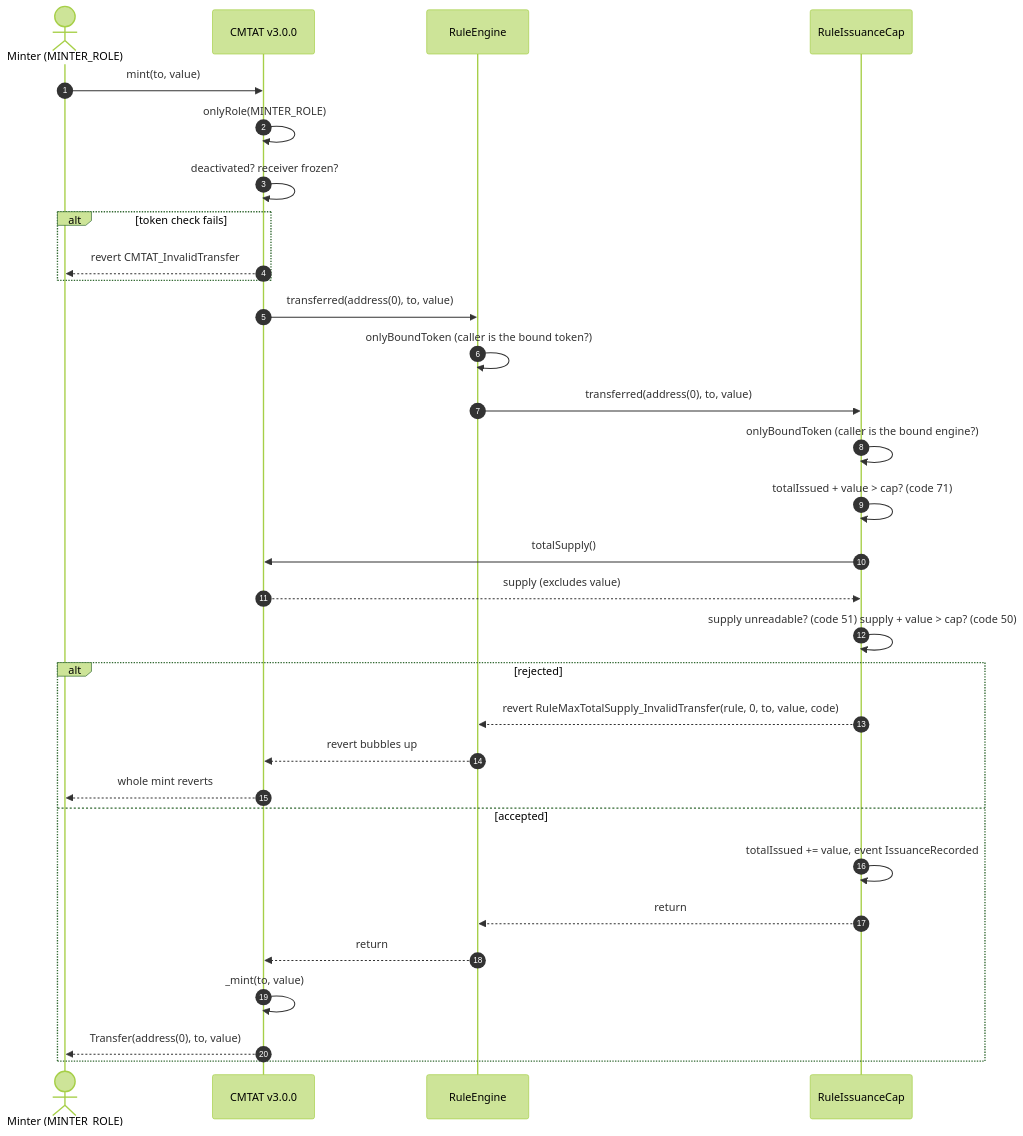
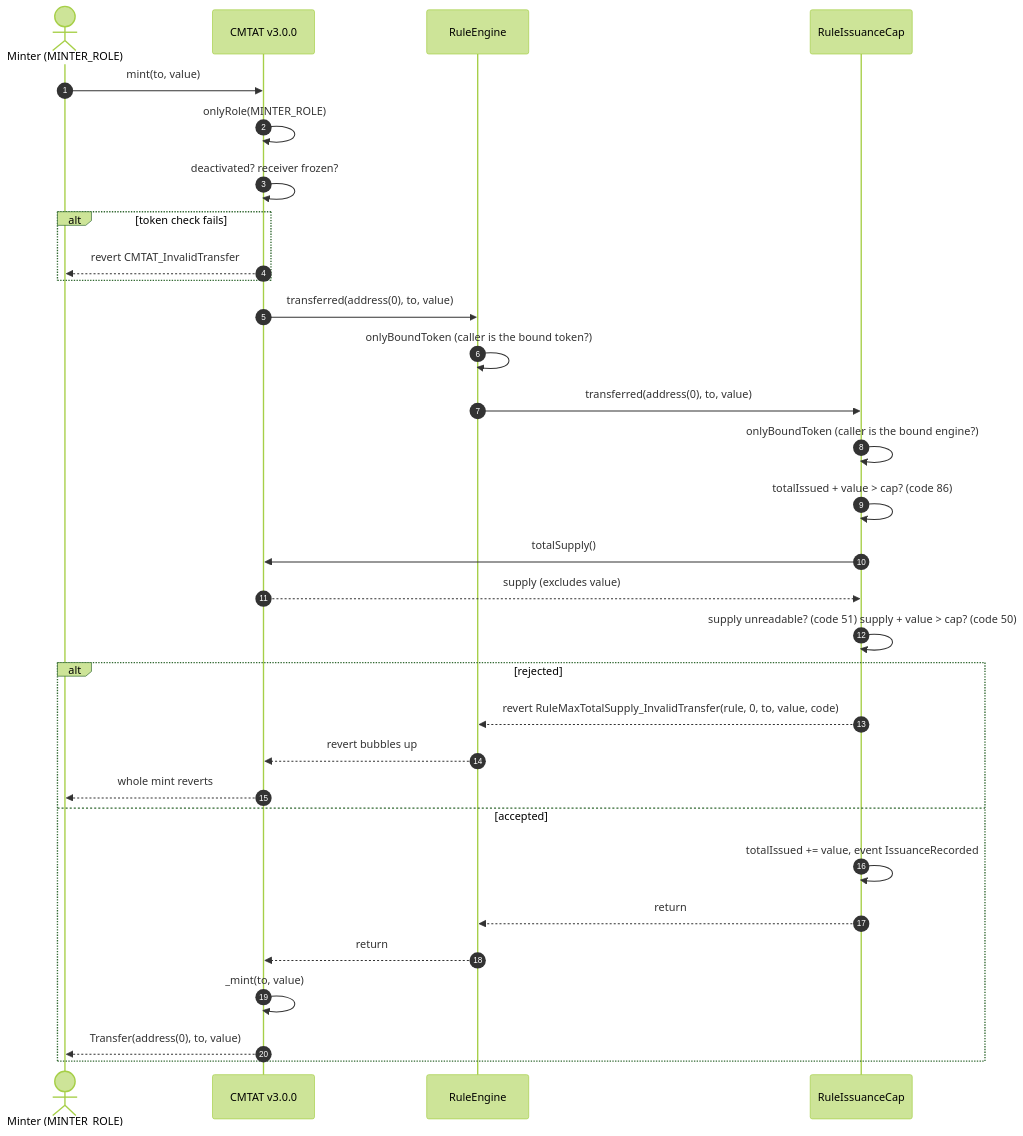
Before and after one commit to CMTA/Rules: the fifth of 8 diagrams in doc/technical/guides/DEPLOY_RULE_ISSUANCE_CAP_CMTAT_V3.0.0.md, drawn with Mermaid (forest theme). The commit also changed other lines of this file and 267 other files, not shown here.

Commit message:
fix(RuleIssuanceCap): move the restriction code from 71 to 86 so RuleMintAllowance keeps its reserved slots

````diff
--- a/doc/technical/guides/DEPLOY_RULE_ISSUANCE_CAP_CMTAT_V3.0.0.md
+++ b/doc/technical/guides/DEPLOY_RULE_ISSUANCE_CAP_CMTAT_V3.0.0.md
@@ -236,34 +236,34 @@
 ```mermaid
 sequenceDiagram
     autonumber
     actor Minter as Minter (MINTER_ROLE)
     participant Token as CMTAT v3.0.0
     participant Engine as RuleEngine
     participant Rule as RuleIssuanceCap
 
     Minter->>Token: mint(to, value)
     Token->>Token: onlyRole(MINTER_ROLE)
     Token->>Token: deactivated? receiver frozen?
     alt token check fails
         Token-->>Minter: revert CMTAT_InvalidTransfer
     end
     Token->>Engine: transferred(address(0), to, value)
     Engine->>Engine: onlyBoundToken (caller is the bound token?)
     Engine->>Rule: transferred(address(0), to, value)
     Rule->>Rule: onlyBoundToken (caller is the bound engine?)
-    Rule->>Rule: totalIssued + value > cap? (code 71)
+    Rule->>Rule: totalIssued + value > cap? (code 86)
     Rule->>Token: totalSupply()
     Token-->>Rule: supply (excludes value)
     Rule->>Rule: supply unreadable? (code 51) supply + value > cap? (code 50)
     alt rejected
         Rule-->>Engine: revert RuleMaxTotalSupply_InvalidTransfer(rule, 0, to, value, code)
         Engine-->>Token: revert bubbles up
         Token-->>Minter: whole mint reverts
     else accepted
         Rule->>Rule: totalIssued += value, event IssuanceRecorded
         Rule-->>Engine: return
         Engine-->>Token: return
         Token->>Token: _mint(to, value)
         Token-->>Minter: Transfer(address(0), to, value)
     end
 ```
````
